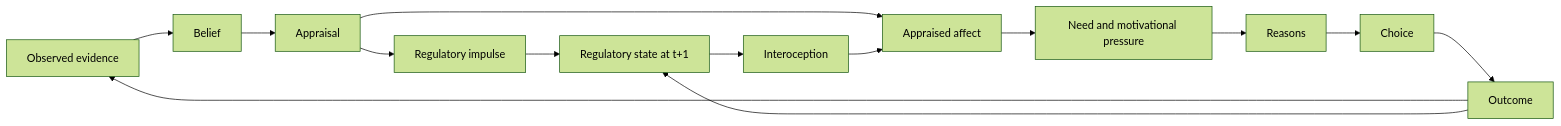
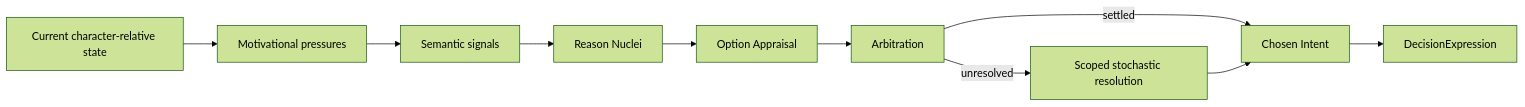
One commit to scoobydeezy/characterlab changed the sixth of 9 diagrams in CHARACTER_ARCHITECTURE.md. Above: the diagram before and after it, drawn with Mermaid (forest theme). The commit also changed other lines of this file and 20 other files, not shown here.

Commit message:
chore: update documentation for architectural reset

````diff
--- a/CHARACTER_ARCHITECTURE.md
+++ b/CHARACTER_ARCHITECTURE.md
@@ -498,16 +1055,17 @@
 ```mermaid
 flowchart LR
-    Evidence[Observed evidence] --> Belief[Belief]
-    Belief --> Appraisal[Appraisal]
-    Appraisal --> Pulse[Regulatory impulse]
-    Pulse --> RegState[Regulatory state at t+1]
-    RegState --> Interoception[Interoception]
-    Appraisal --> Affect[Appraised affect]
-    Interoception --> Affect
-    Affect --> Motivation[Need and motivational pressure]
-    Motivation --> Reasons[Reasons]
-    Reasons --> Choice[Choice]
-    Choice --> Outcome[Outcome]
-    Outcome --> Evidence
-    Outcome --> RegState
+    State[Current character-relative state]
+    Motives[Motivational pressures]
+    Signals[Semantic signals]
+    Reasons[Reason Nuclei]
+    Options[Option Appraisal]
+    Arbitration[Arbitration]
+    Roll[Scoped stochastic resolution]
+    Intent[Chosen Intent]
+    Expr[DecisionExpression]
+
+    State --> Motives --> Signals --> Reasons --> Options --> Arbitration
+    Arbitration -->|settled| Intent
+    Arbitration -->|unresolved| Roll --> Intent
+    Intent --> Expr
 ```
````
